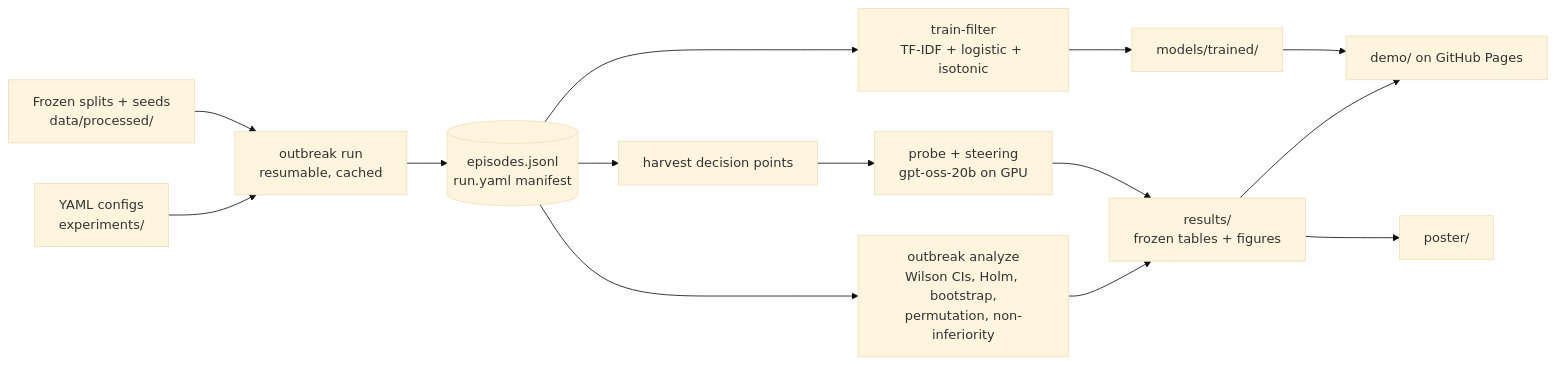
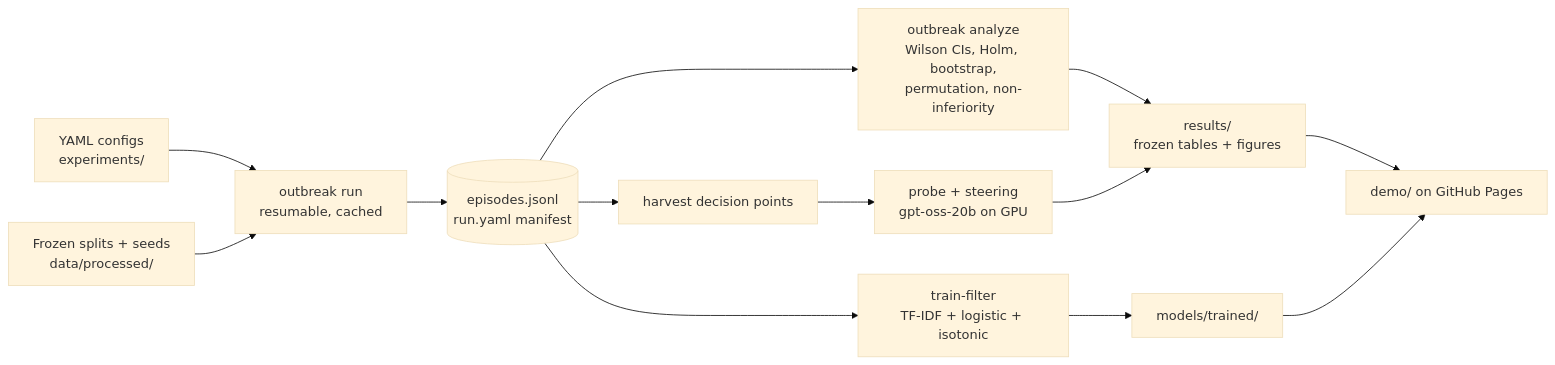
The second of 2 diagrams in README.md (albertogomezsoteres/outbreak), drawn with Mermaid (base theme) before and after one commit. The commit also changed other lines of this file and 40 other files, not shown here.

````diff
--- a/README.md
+++ b/README.md
@@ -115,15 +114,14 @@
 ```mermaid
 flowchart LR
     C[YAML configs<br/>experiments/] --> RUN[outbreak run<br/>resumable, cached]
     S[Frozen splits + seeds<br/>data/processed/] --> RUN
     RUN --> EP[(episodes.jsonl<br/>run.yaml manifest)]
     EP --> AN[outbreak analyze<br/>Wilson CIs, Holm, bootstrap,<br/>permutation, non-inferiority]
     EP --> TF[train-filter<br/>TF-IDF + logistic + isotonic]
     EP --> HV[harvest decision points] --> WB[probe + steering<br/>gpt-oss-20b on GPU]
     AN --> RES[results/<br/>frozen tables + figures]
     TF --> M[models/trained/]
     WB --> RES
     RES --> DEMO[demo/ on GitHub Pages]
     M --> DEMO
-    RES --> POSTER[poster/]
 ```
````
